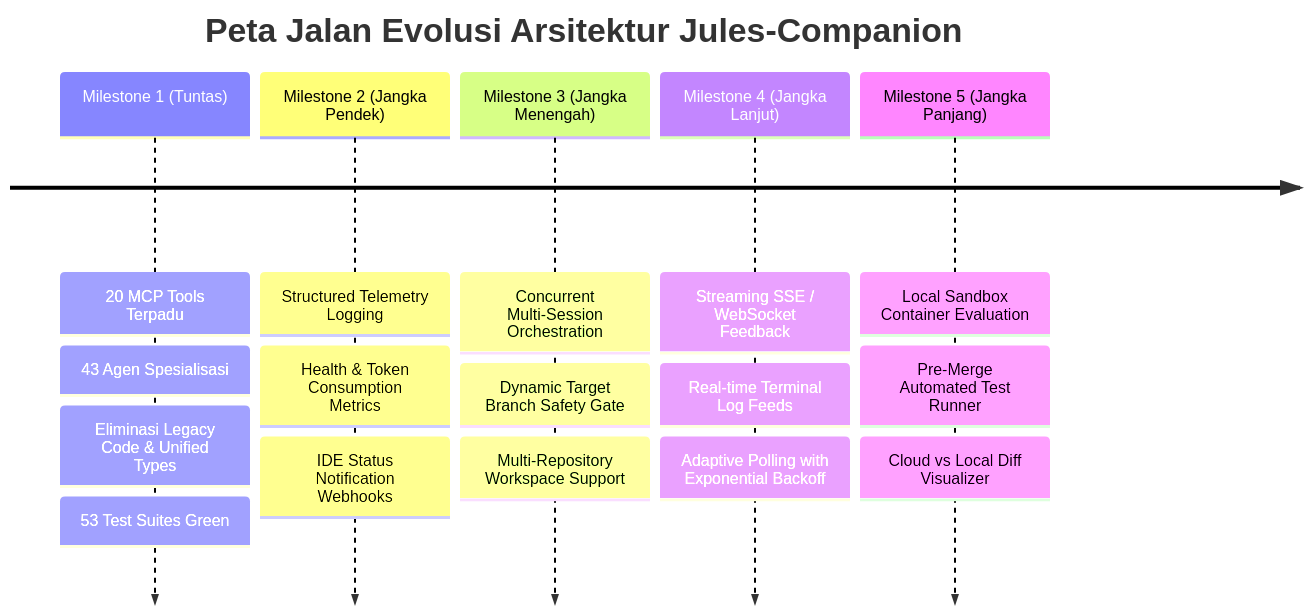
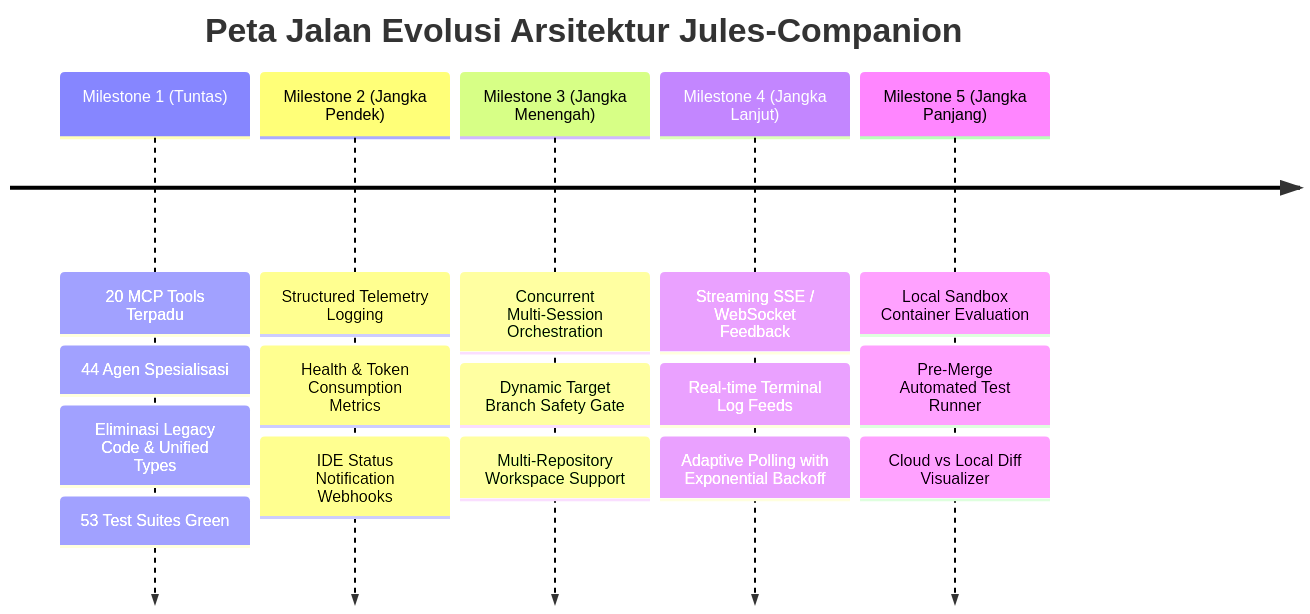
The diagram in docs/development-and-contribution-guide.md (rivadmorin/Jules-Companion), drawn with Mermaid before and after one commit. The commit also changed other lines of this file and 18 other files, not shown here.

````diff
--- a/docs/development-and-contribution-guide.md
+++ b/docs/development-and-contribution-guide.md
@@ -204,9 +204,9 @@
 ```mermaid
 timeline
     title Peta Jalan Evolusi Arsitektur Jules-Companion
-    Milestone 1 (Tuntas) : 20 MCP Tools Terpadu : 43 Agen Spesialisasi : Eliminasi Legacy Code & Unified Types : 53 Test Suites Green
+    Milestone 1 (Tuntas) : 20 MCP Tools Terpadu : 44 Agen Spesialisasi : Eliminasi Legacy Code & Unified Types : 53 Test Suites Green
     Milestone 2 (Jangka Pendek) : Structured Telemetry Logging : Health & Token Consumption Metrics : IDE Status Notification Webhooks
     Milestone 3 (Jangka Menengah) : Concurrent Multi-Session Orchestration : Dynamic Target Branch Safety Gate : Multi-Repository Workspace Support
     Milestone 4 (Jangka Lanjut) : Streaming SSE / WebSocket Feedback : Real-time Terminal Log Feeds : Adaptive Polling with Exponential Backoff
     Milestone 5 (Jangka Panjang) : Local Sandbox Container Evaluation : Pre-Merge Automated Test Runner : Cloud vs Local Diff Visualizer
 ```
````
